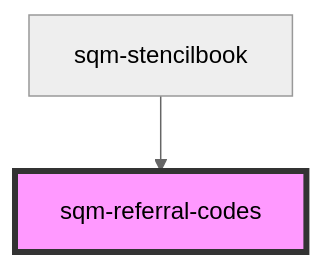
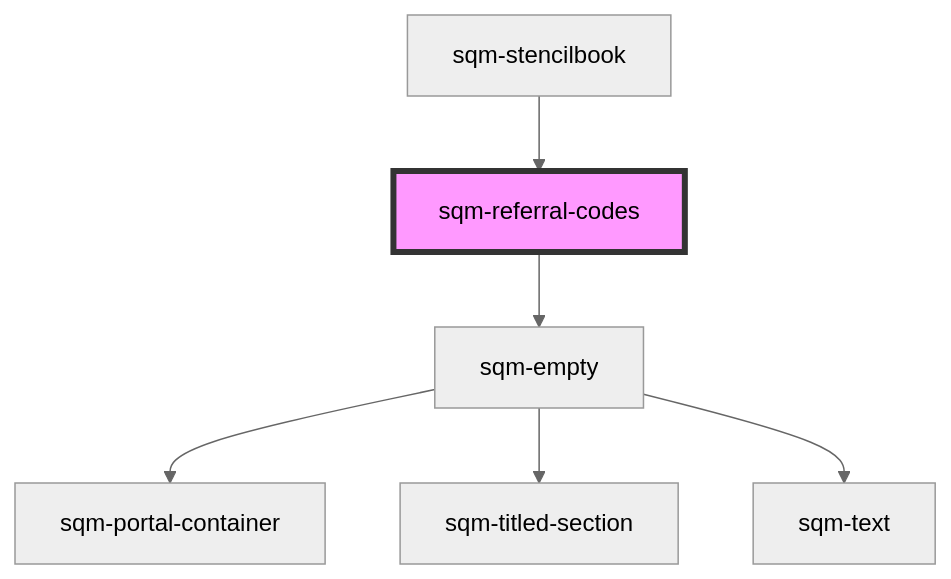
Before and after one commit to saasquatch/program-tools: the diagram in packages/mint-components/src/components/sqm-referral-codes/readme.md, drawn with Mermaid (neutral theme). The commit also changed other lines of this file and 7 other files, not shown here.

````diff
--- a/packages/mint-components/src/components/sqm-referral-codes/readme.md
+++ b/packages/mint-components/src/components/sqm-referral-codes/readme.md
@@ -23,5 +27,9 @@
 ```mermaid
 graph TD;
+  sqm-referral-codes --> sqm-empty
+  sqm-empty --> sqm-portal-container
+  sqm-empty --> sqm-titled-section
+  sqm-empty --> sqm-text
   sqm-stencilbook --> sqm-referral-codes
   style sqm-referral-codes fill:#f9f,stroke:#333,stroke-width:4px
 ```
````
